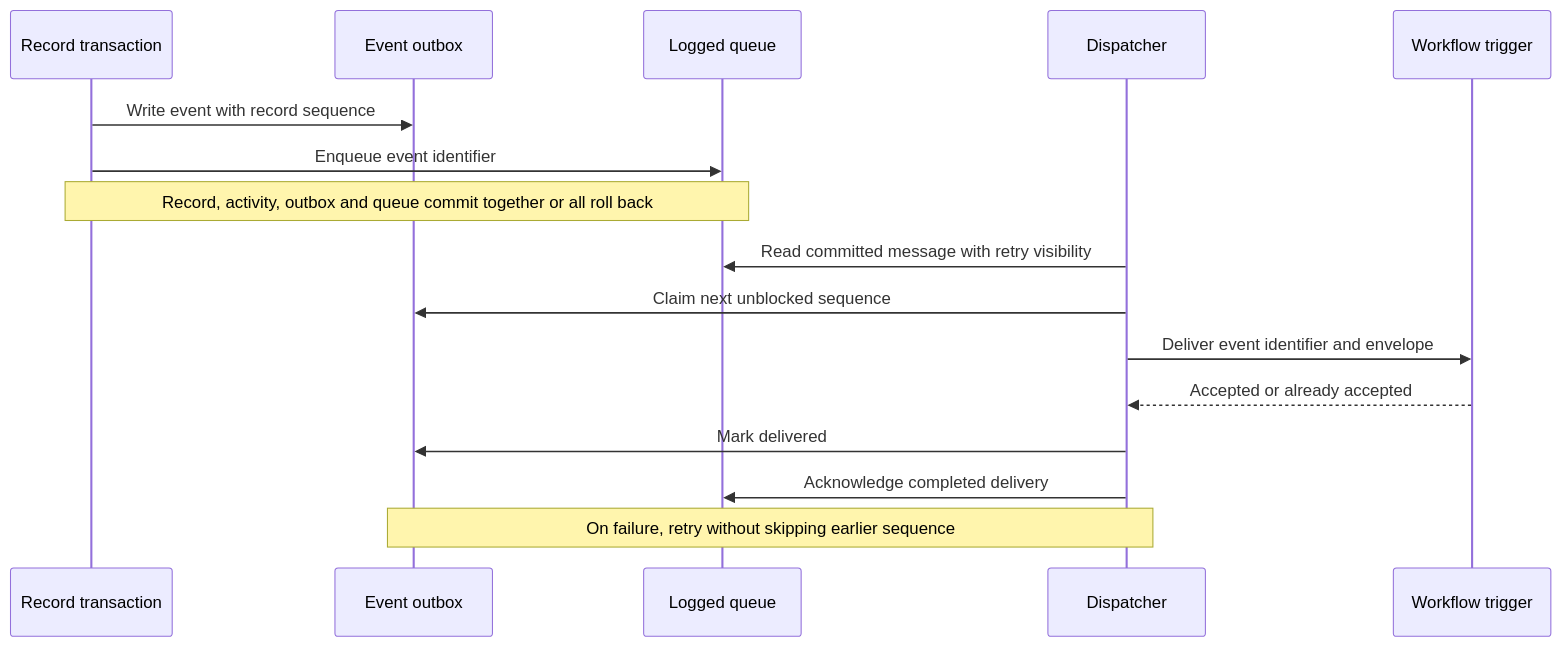
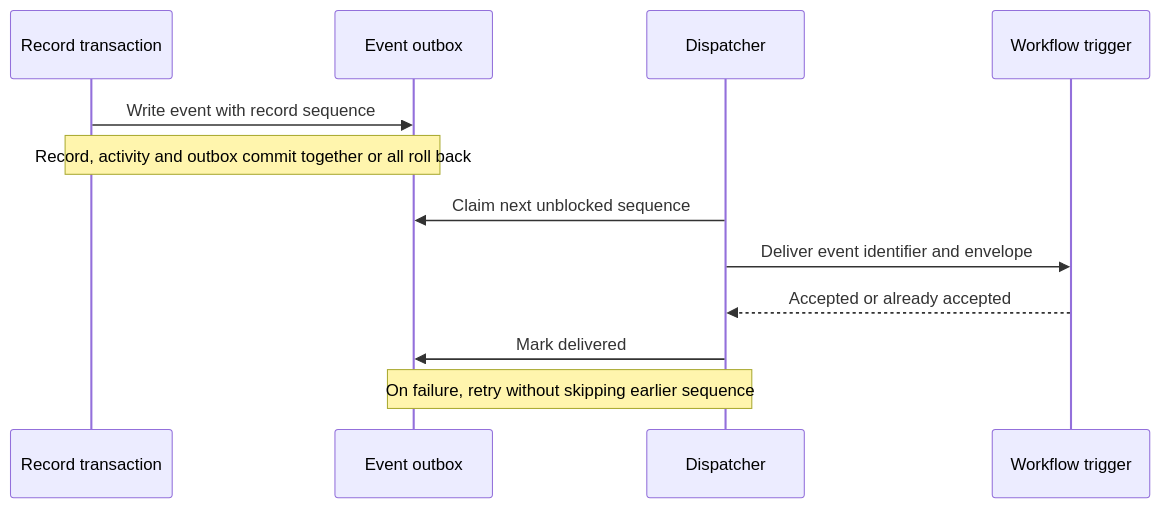
The third of 3 diagrams in docs/specification/08-forms-actions-rules-and-events.md (Abzum-NZ/Abzum-Vortex), drawn with Mermaid before and after one commit. The commit also changed other lines of this file and 50 other files, not shown here.

````diff
--- a/docs/specification/08-forms-actions-rules-and-events.md
+++ b/docs/specification/08-forms-actions-rules-and-events.md
@@ -280,18 +204,14 @@
 ```mermaid
 sequenceDiagram
     participant DB as Record transaction
     participant Outbox as Event outbox
-    participant Queue as Logged queue
     participant Dispatch as Dispatcher
     participant Consumer as Workflow trigger
     DB->>Outbox: Write event with record sequence
-    DB->>Queue: Enqueue event identifier
-    Note over DB,Queue: Record, activity, outbox and queue commit together or all roll back
-    Dispatch->>Queue: Read committed message with retry visibility
+    Note over DB,Outbox: Record, activity and outbox commit together or all roll back
     Dispatch->>Outbox: Claim next unblocked sequence
     Dispatch->>Consumer: Deliver event identifier and envelope
     Consumer-->>Dispatch: Accepted or already accepted
     Dispatch->>Outbox: Mark delivered
-    Dispatch->>Queue: Acknowledge completed delivery
     Note over Dispatch,Outbox: On failure, retry without skipping earlier sequence
 ```
````
